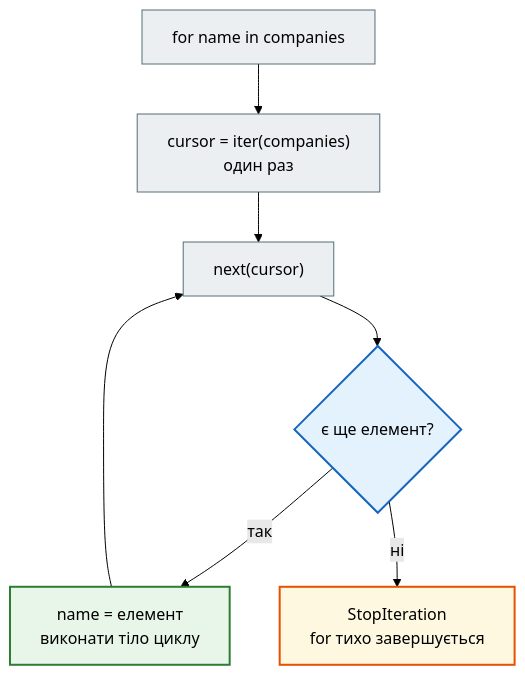
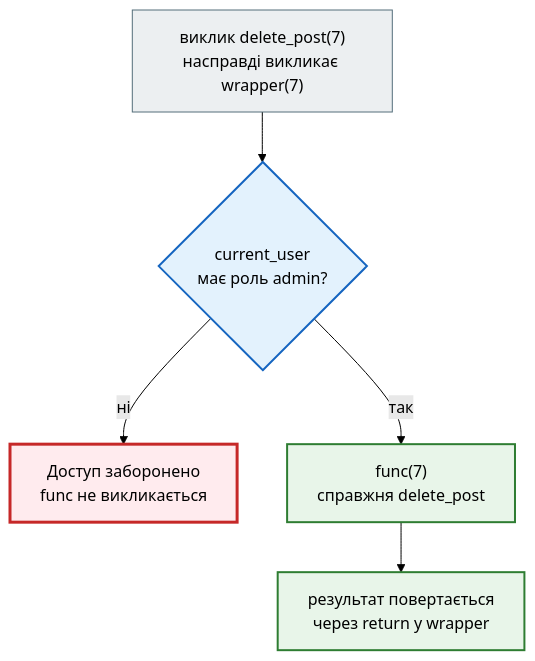
The first of 2 diagrams in docs/modules/m1/lesson_10.md (AlinaRadchenko/PY-Course-Victor-Nikoriak-22-09-2026), drawn with Mermaid (forest theme) before and after one commit. The commit also changed other lines of this file and 1846 other files, not shown here.

````diff
--- a/docs/modules/m1/lesson_10.md
+++ b/docs/modules/m1/lesson_10.md
@@ -83,20 +239,18 @@
 ```mermaid
 flowchart TD
     classDef step     fill:#eceff1,stroke:#546e7a,stroke-width:1px;
     classDef decision fill:#e3f2fd,stroke:#1565c0,stroke-width:2px;
     classDef success  fill:#e8f5e9,stroke:#2e7d32,stroke-width:2px;
     classDef error    fill:#ffebee,stroke:#c62828,stroke-width:3px;
     classDef warning  fill:#fff8e1,stroke:#e65100,stroke-width:2px;
 
-    A["for name in companies"] --> B["cursor = iter(companies)<br>один раз"]
-    B --> C["next(cursor)"]
-    C --> D{"є ще елемент?"}
-    D -- так --> E["name = елемент<br>виконати тіло циклу"]
-    E --> C
-    D -- ні --> F["StopIteration<br>for тихо завершується"]
+    C["виклик delete_post(7)<br>насправді викликає wrapper(7)"] --> Q{"current_user<br>має роль admin?"}
+    Q -- ні --> N["Доступ заборонено<br>func не викликається"]
+    Q -- так --> F["func(7)<br>справжня delete_post"]
+    F --> R["результат повертається<br>через return у wrapper"]
 
-    class A,B,C step
-    class D decision
-    class E success
-    class F warning
+    class C step
+    class Q decision
+    class N error
+    class F,R success
 ```
````
